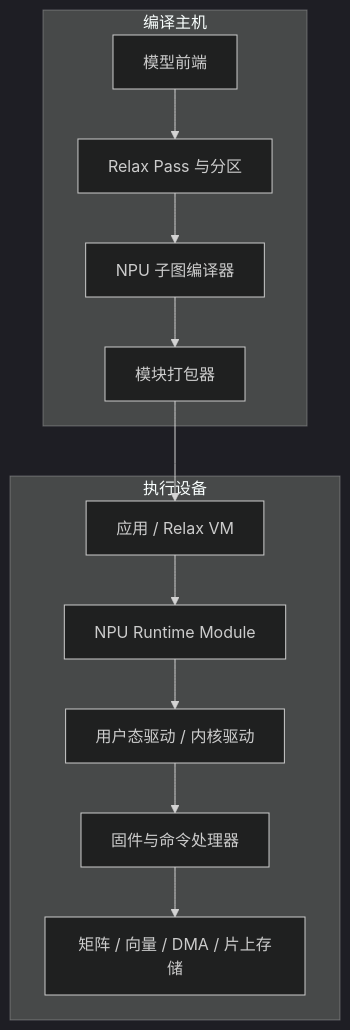
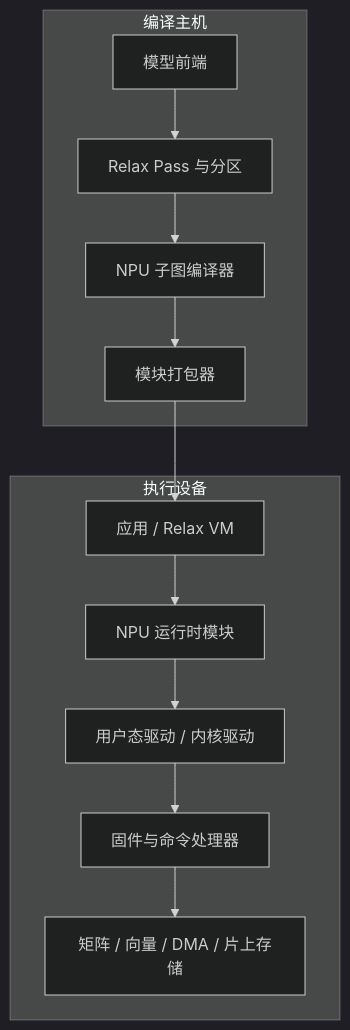
The second of 2 diagrams in NPU/TVM 使用与自研 NPU 接入手册/14-接入路线选择与总体设计.md (Little-W/Obsidian), drawn with Mermaid (dark theme) before and after one commit. The commit also changed other lines of this file and 51 other files, not shown here.

````diff
--- a/NPU/TVM 使用与自研 NPU 接入手册/14-接入路线选择与总体设计.md
+++ b/NPU/TVM 使用与自研 NPU 接入手册/14-接入路线选择与总体设计.md
@@ -46,19 +46,19 @@
 ```mermaid
 flowchart TB
     subgraph Compiler["编译主机"]
       FE["模型前端"]
       RX["Relax Pass 与分区"]
       CG["NPU 子图编译器"]
       PKG["模块打包器"]
       FE --> RX --> CG --> PKG
     end
     subgraph Target["执行设备"]
       APP["应用 / Relax VM"]
-      RT["NPU Runtime Module"]
+      RT["NPU 运行时模块"]
       DRV["用户态驱动 / 内核驱动"]
       FW["固件与命令处理器"]
       HW["矩阵 / 向量 / DMA / 片上存储"]
       APP --> RT --> DRV --> FW --> HW
     end
     PKG --> APP
 ```
````
